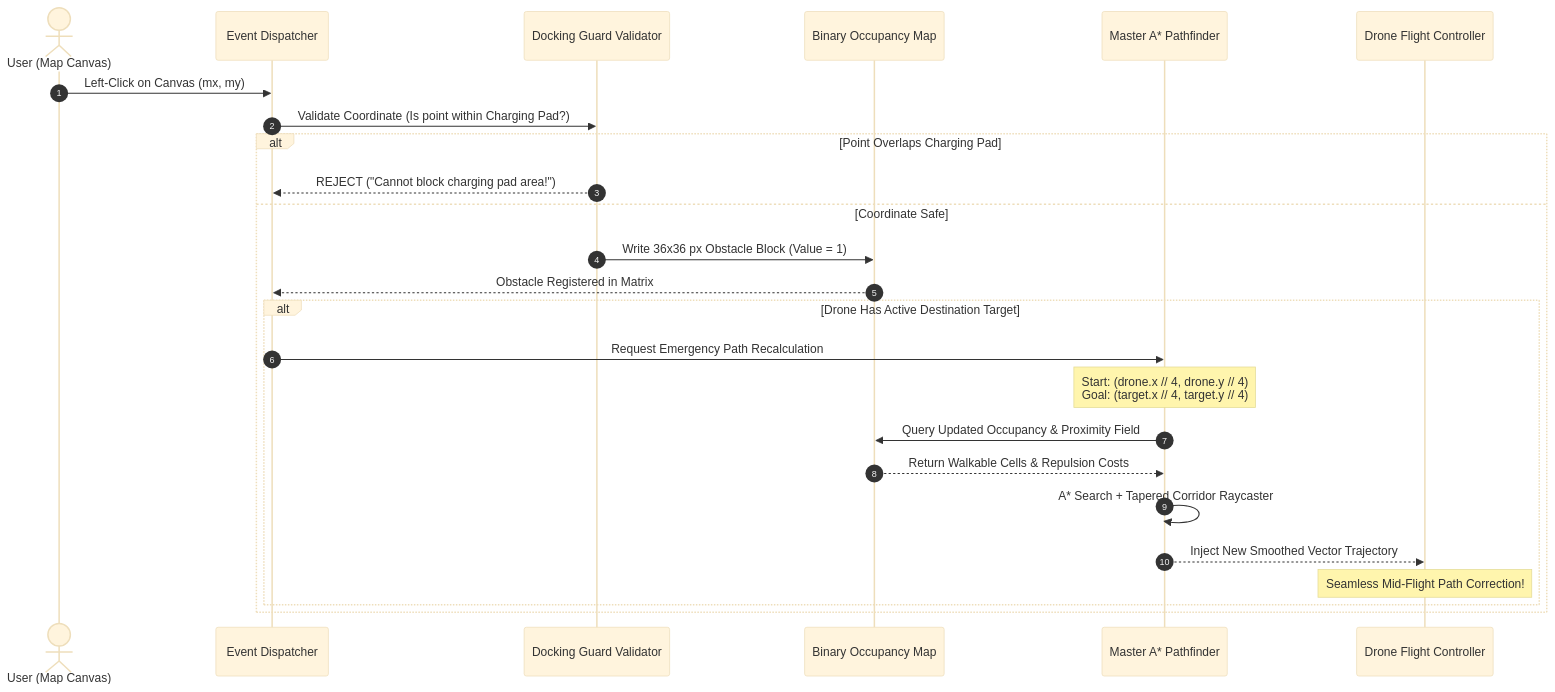
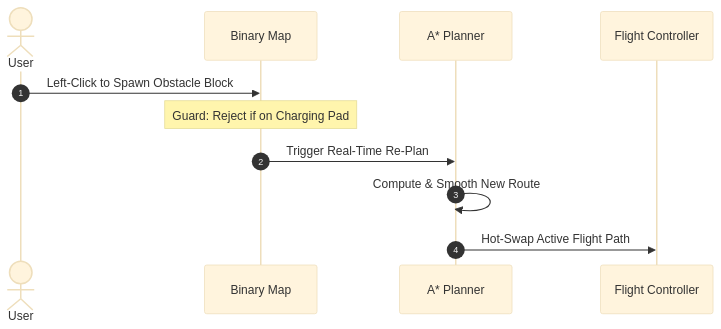
The sixth of 7 diagrams in README.md (kailash6207/drone-autopilot), drawn with Mermaid (base theme) before and after one commit. The commit also changed other lines of this file, not shown here.

Commit message:
docs: streamline flowcharts and diagrams to be neat, concise, and readable

````diff
--- a/README.md
+++ b/README.md
@@ -321,28 +156,14 @@
 ```mermaid
 sequenceDiagram
     autonumber
-    actor User as User (Map Canvas)
-    participant Dispatcher as Event Dispatcher
-    participant BasePad as Docking Guard Validator
-    participant Grid as Binary Occupancy Map
-    participant Planner as Master A* Pathfinder
-    participant Drone as Drone Flight Controller
+    actor User as User
+    participant Grid as Binary Map
+    participant Planner as A* Planner
+    participant Drone as Flight Controller
 
-    User->>Dispatcher: Left-Click on Canvas (mx, my)
-    Dispatcher->>BasePad: Validate Coordinate (Is point within Charging Pad?)
-    alt Point Overlaps Charging Pad
-        BasePad-->>Dispatcher: REJECT ("Cannot block charging pad area!")
-    else Coordinate Safe
-        BasePad->>Grid: Write 36x36 px Obstacle Block (Value = 1)
-        Grid-->>Dispatcher: Obstacle Registered in Matrix
-        alt Drone Has Active Destination Target
-            Dispatcher->>Planner: Request Emergency Path Recalculation
-            Note over Planner: Start: (drone.x // 4, drone.y // 4)<br/>Goal: (target.x // 4, target.y // 4)
-            Planner->>Grid: Query Updated Occupancy & Proximity Field
-            Grid-->>Planner: Return Walkable Cells & Repulsion Costs
-            Planner->>Planner: A* Search + Tapered Corridor Raycaster
-            Planner-->>Drone: Inject New Smoothed Vector Trajectory
-            Note over Drone: Seamless Mid-Flight Path Correction!
-        end
-    end
+    User->>Grid: Left-Click to Spawn Obstacle Block
+    Note over Grid: Guard: Reject if on Charging Pad
+    Grid->>Planner: Trigger Real-Time Re-Plan
+    Planner->>Planner: Compute & Smooth New Route
+    Planner->>Drone: Hot-Swap Active Flight Path
 ```
````
